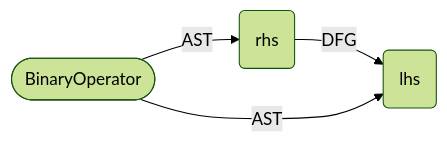
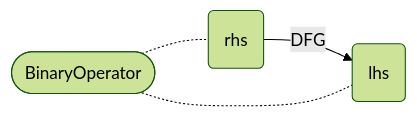
Before and after one commit to Fraunhofer-AISEC/cpg: the fourth of 19 diagrams in cpg-core/specifications/dfg.md, drawn with Mermaid (forest theme). The commit also changed other lines of this file, not shown here.

````diff
--- a/cpg-core/specifications/dfg.md
+++ b/cpg-core/specifications/dfg.md
@@ -65,7 +65,7 @@
 ```mermaid
 flowchart LR
-    node([BinaryOperator]) -- AST --> rhs(rhs);
+    node([BinaryOperator]) -.- rhs(rhs);
       rhs -- DFG --> lhs;
-    node([BinaryOperator]) -- AST --> lhs(lhs);
+    node([BinaryOperator]) -.- lhs(lhs);
 
 ```
````
